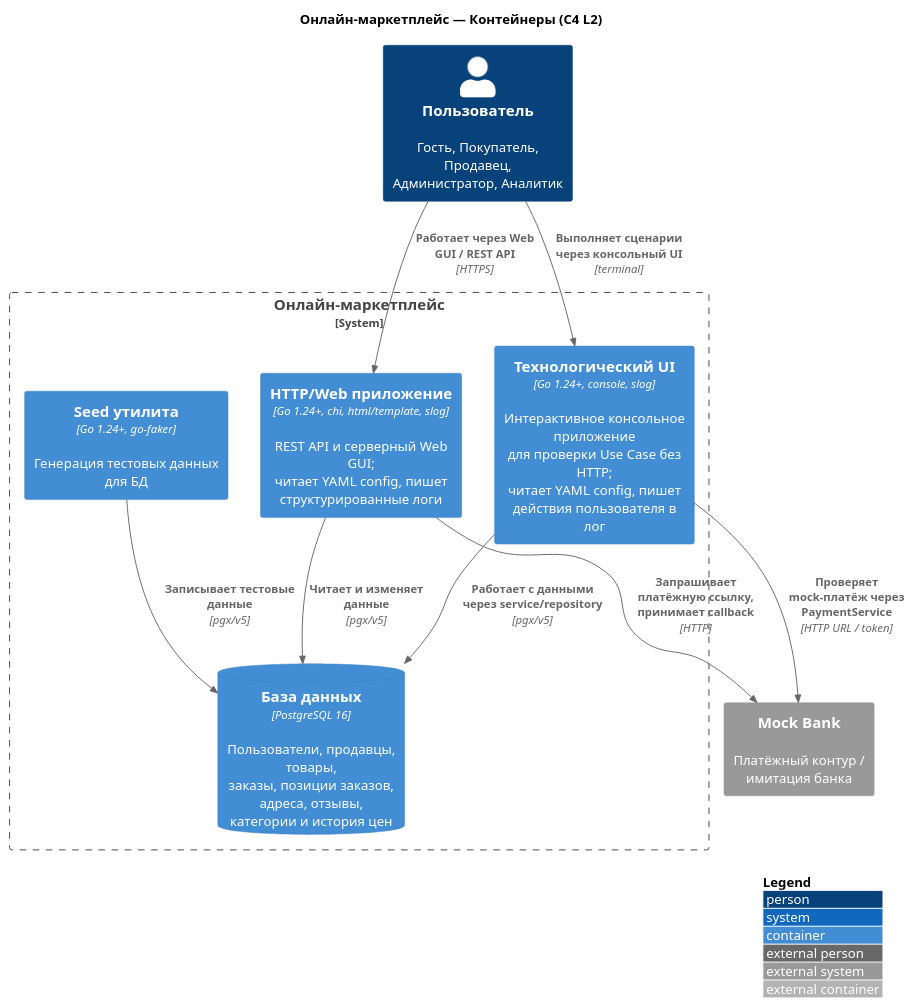
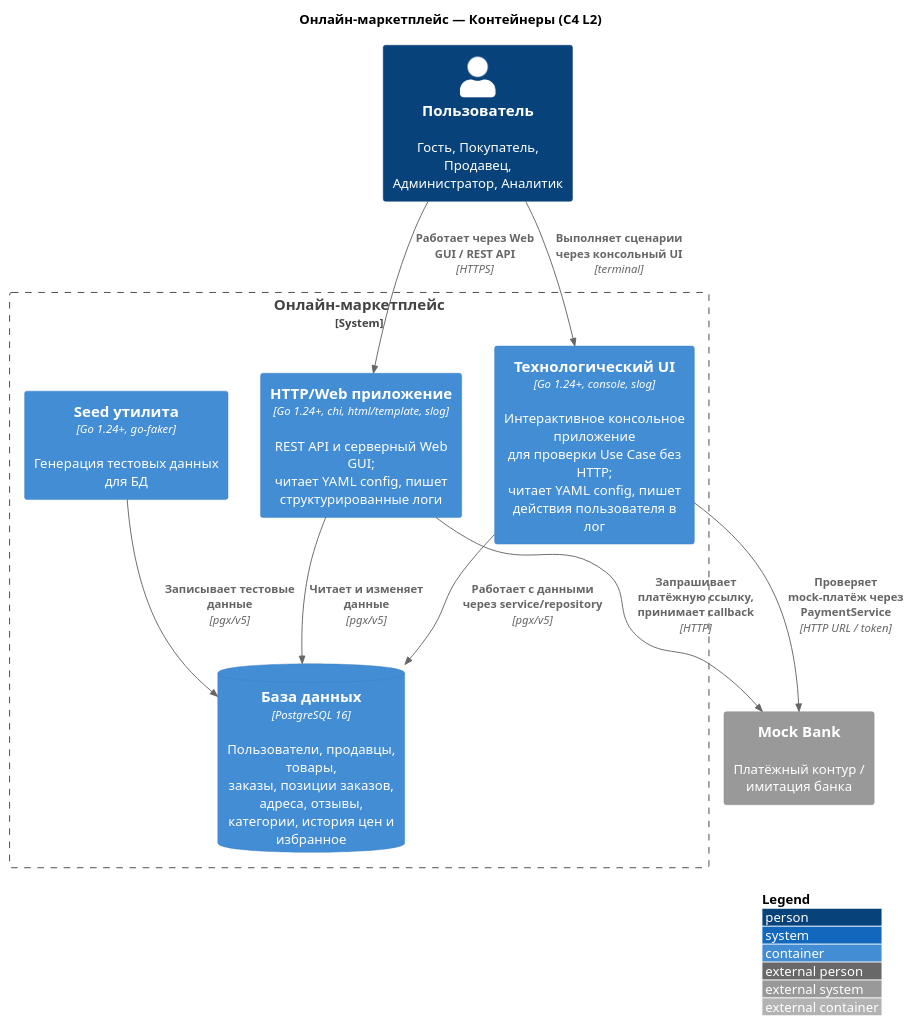
One commit to beastixq/marketplace changed the diagram in diagrams/src/C4_L2.puml. Above: the diagram before and after it, drawn with PlantUML. The commit also changed 18 other files, not shown here.

Commit message:
updated C4 L4 diagrams and component wiring added

```diff
--- a/diagrams/src/C4_L2.puml
+++ b/diagrams/src/C4_L2.puml
@@ -1,29 +1,29 @@
 @startuml C4_L2
 !include <C4/C4_Container>
 
 title Онлайн-маркетплейс — Контейнеры (C4 L2)
 
 Person(webUser, "Пользователь", "Гость, Покупатель, Продавец,\nАдминистратор, Аналитик")
 
 System_Ext(bank, "Mock Bank", "Платёжный контур / имитация банка")
 
 System_Boundary(marketplace, "Онлайн-маркетплейс") {
     Container(api, "HTTP/Web приложение", "Go 1.24+, chi, html/template, slog", "REST API и серверный Web GUI;\nчитает YAML config, пишет структурированные логи")
     Container(techui, "Технологический UI", "Go 1.24+, console, slog", "Интерактивное консольное приложение\nдля проверки Use Case без HTTP;\nчитает YAML config, пишет действия пользователя в лог")
     Container(seed, "Seed утилита", "Go 1.24+, go-faker", "Генерация тестовых данных для БД")
-    ContainerDb(postgres, "База данных", "PostgreSQL 16", "Пользователи, продавцы, товары,\nзаказы, позиции заказов, адреса, отзывы,\nкатегории и история цен")
+    ContainerDb(postgres, "База данных", "PostgreSQL 16", "Пользователи, продавцы, товары,\nзаказы, позиции заказов, адреса, отзывы,\nкатегории, история цен и избранное")
 }
 
 Rel(webUser, api, "Работает через Web GUI / REST API", "HTTPS")
 Rel(webUser, techui, "Выполняет сценарии через консольный UI", "terminal")
 
 Rel(api, postgres, "Читает и изменяет данные", "pgx/v5")
 Rel(techui, postgres, "Работает с данными через service/repository", "pgx/v5")
 Rel(seed, postgres, "Записывает тестовые данные", "pgx/v5")
 
 Rel(api, bank, "Запрашивает платёжную ссылку, принимает callback", "HTTP")
 Rel(techui, bank, "Проверяет mock-платёж через PaymentService", "HTTP URL / token")
 
 LAYOUT_WITH_LEGEND()
 
 @enduml
```
